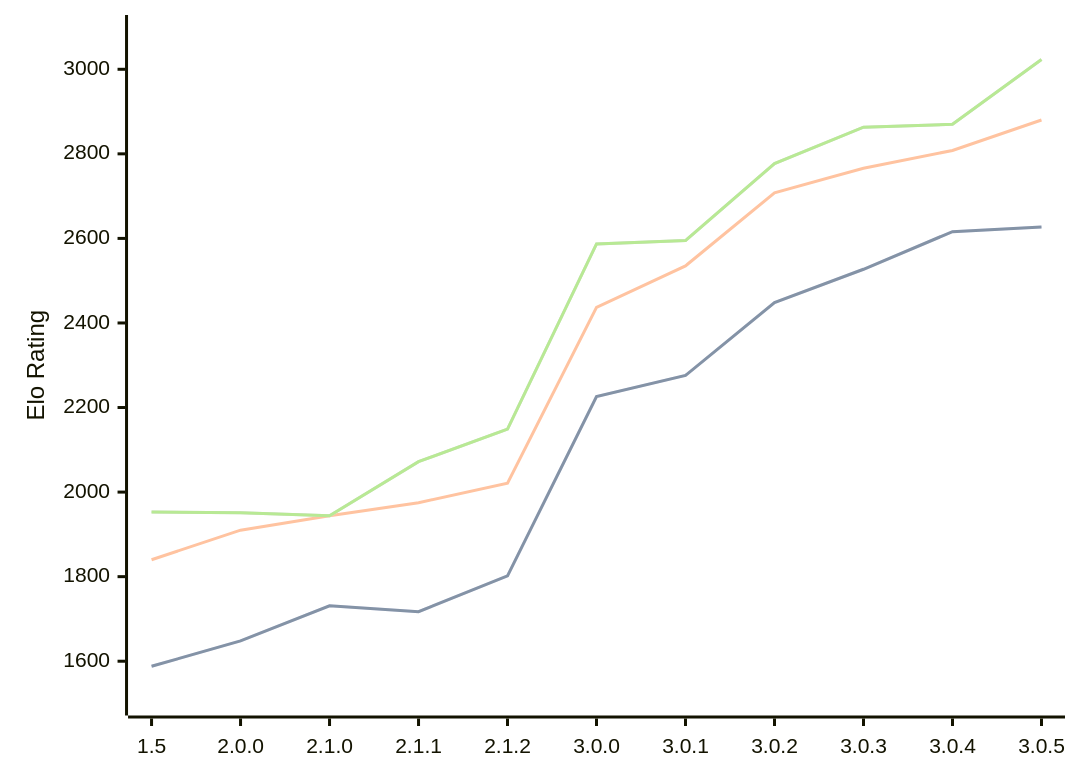
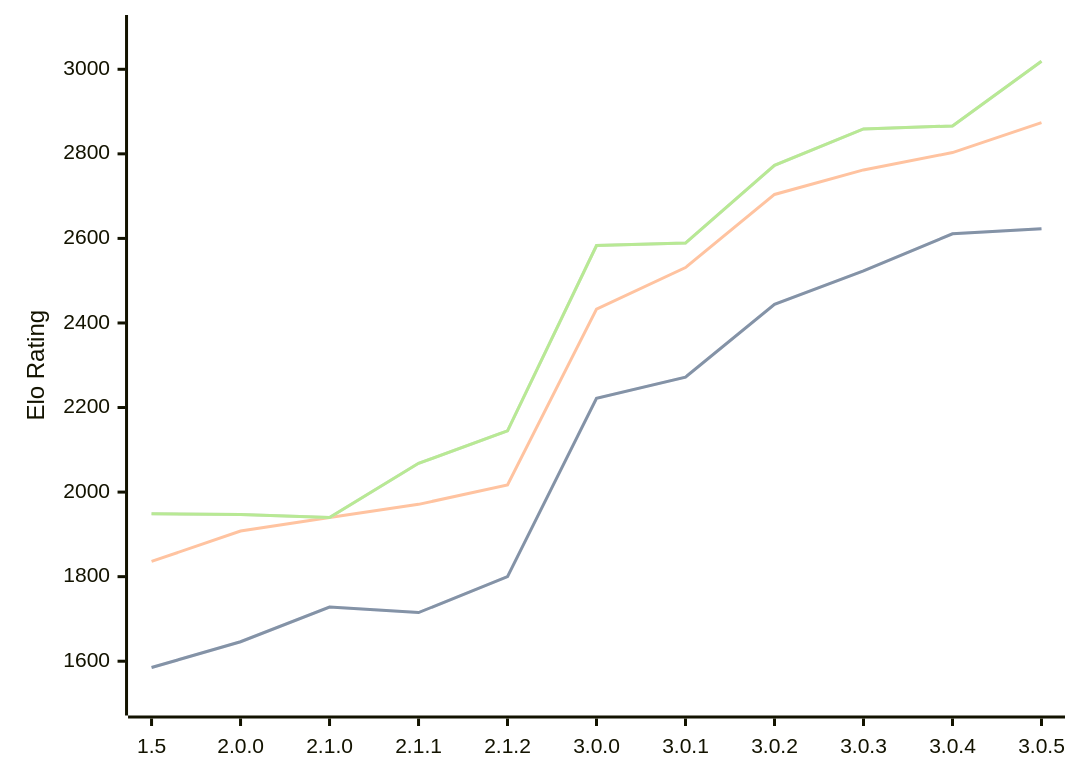
Before and after one commit to computer-chess-index/cci: the third of 3 diagrams in engines/Rudim.md, drawn with Mermaid. The commit also changed other lines of this file, not shown here.

Commit message:
Update CCI Ratings (ELO VLTC) - 2026-07-16

````diff
--- a/engines/Rudim.md
+++ b/engines/Rudim.md
@@ -83,11 +83,11 @@
 ```mermaid
 %%{init: {"theme":"base","themeVariables":{"seriesColors:['#a3a3a3','#222221','#faa371']}}}%%
 xychart-beta
   x-axis ["1.5", "2.0.0", "2.1.0", "2.1.1", "2.1.2", "3.0.0", "3.0.1", "3.0.2", "3.0.3", "3.0.4", "3.0.5"]
   y-axis "Elo Rating" 1500 --> 3100
-  line "STC (8.0+0.08s)" [1588, 1648, 1731, 1717, 1802, 2226, 2276, 2448, 2527, 2616, 2627]
-  line "STC (8.0+0.08s)" [1588, 1648, 1731, 1717, 1802, 2226, 2276, 2448, 2527, 2616, 2627]
-  line "LTC (60.0+0.60s)" [1840, 1910, 1944, 1975, 2021, 2437, 2535, 2708, 2766, 2808, 2880]
-  line "VLTC (2m24s+1.12s)" [1953, 1951, 1944, 2072, 2149, 2587, 2595, 2777, 2863, 2870, 3023]
-  line "VLTC (2m24s+1.12s)" [1953, 1951, 1944, 2072, 2149, 2587, 2595, 2777, 2863, 2870, 3023]
+  line "STC (8.0+0.08s)" [1585, 1646, 1728, 1715, 1800, 2222, 2272, 2444, 2523, 2611, 2623]
+  line "STC (8.0+0.08s)" [1585, 1646, 1728, 1715, 1800, 2222, 2272, 2444, 2523, 2611, 2623]
+  line "LTC (60.0+0.60s)" [1836, 1908, 1940, 1971, 2017, 2433, 2531, 2704, 2762, 2803, 2874]
+  line "VLTC (2m24s+1.12s)" [1949, 1947, 1940, 2068, 2145, 2583, 2589, 2773, 2859, 2866, 3019]
+  line "VLTC (2m24s+1.12s)" [1949, 1947, 1940, 2068, 2145, 2583, 2589, 2773, 2859, 2866, 3019]
 ```
````
